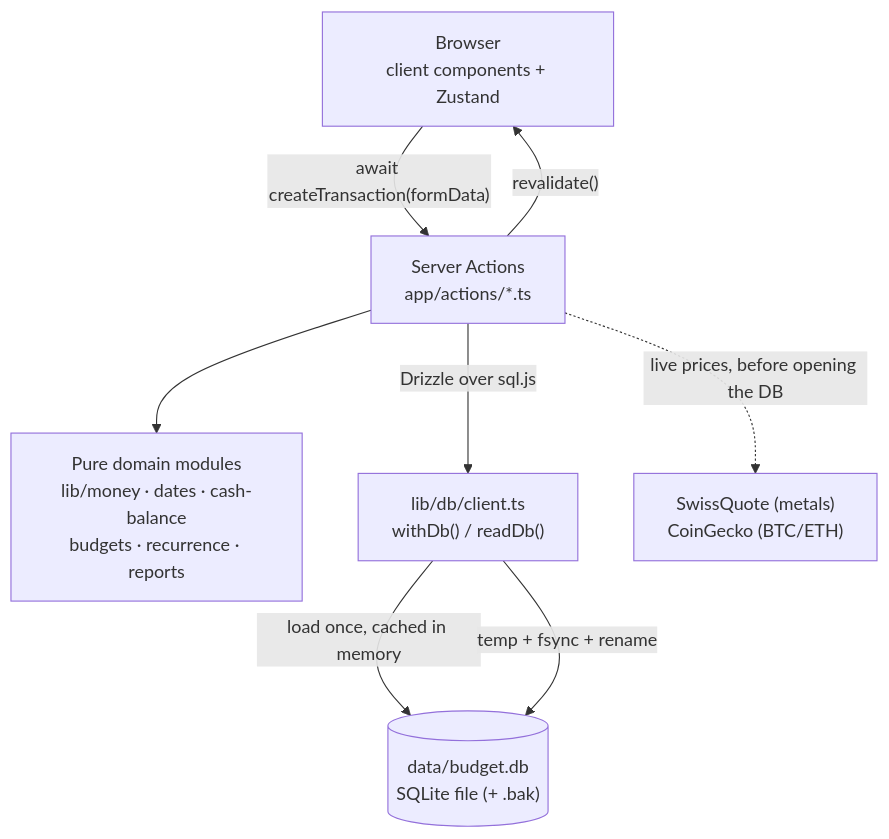
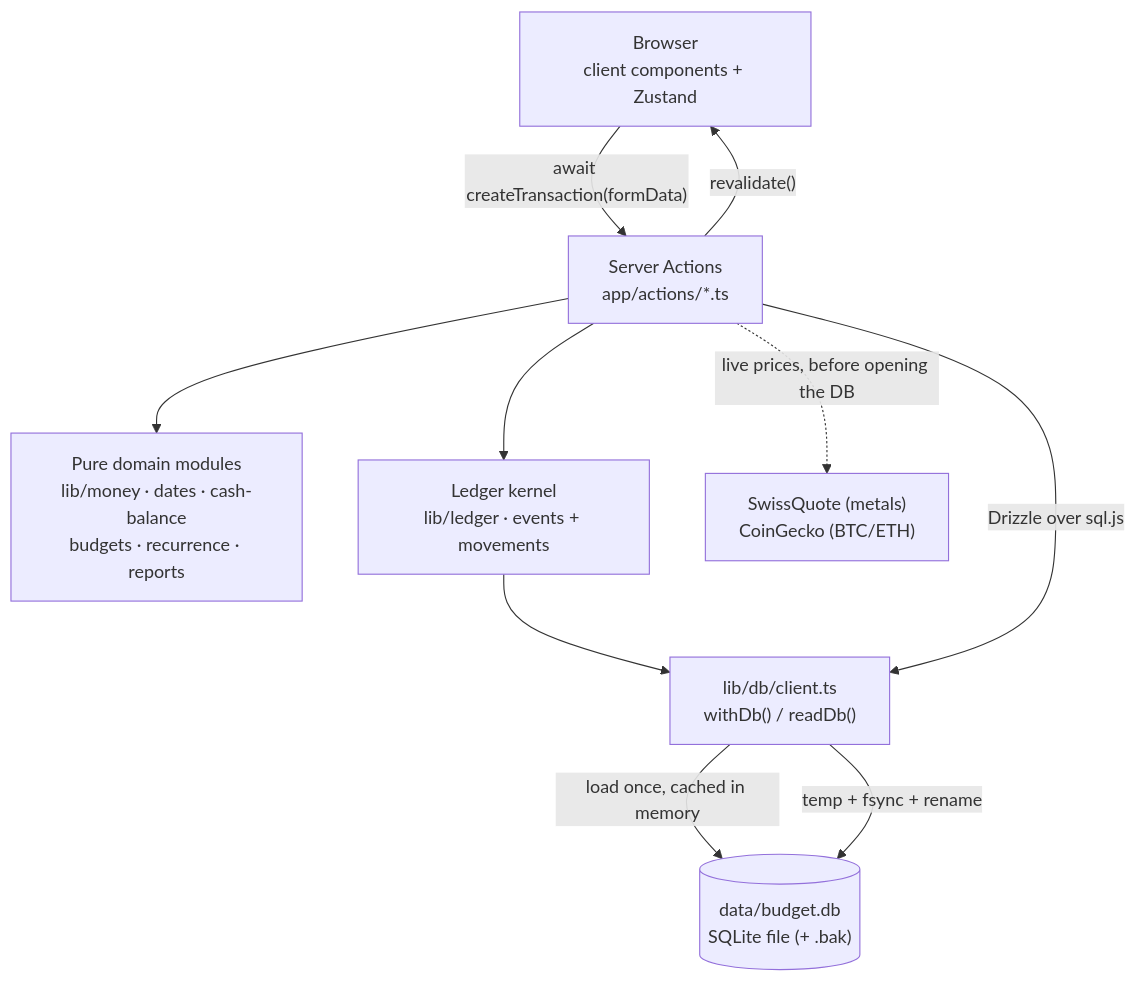
Before and after one commit to kevin-aoun/LocalFi: the diagram in README.md, drawn with Mermaid. The commit also changed other lines of this file and 224 other files, not shown here.

````diff
--- a/README.md
+++ b/README.md
@@ -112,17 +114,20 @@
 ```mermaid
 flowchart TD
     Browser["Browser<br/>client components + Zustand"]
     Actions["Server Actions<br/>app/actions/*.ts"]
     Domain["Pure domain modules<br/>lib/money · dates · cash-balance<br/>budgets · recurrence · reports"]
+    Ledger["Ledger kernel<br/>lib/ledger · events + movements"]
     Client["lib/db/client.ts<br/>withDb() / readDb()"]
     File[("data/budget.db<br/>SQLite file (+ .bak)")]
     Feeds["SwissQuote (metals)<br/>CoinGecko (BTC/ETH)"]
 
     Browser -->|"await createTransaction(formData)"| Actions
     Actions --> Domain
+    Actions --> Ledger
+    Ledger --> Client
     Actions -->|"Drizzle over sql.js"| Client
     Client -->|"load once, cached in memory"| File
     Client -->|"temp + fsync + rename"| File
     Actions -->|"revalidate()"| Browser
     Actions -.->|"live prices, before opening the DB"| Feeds
 ```
````
